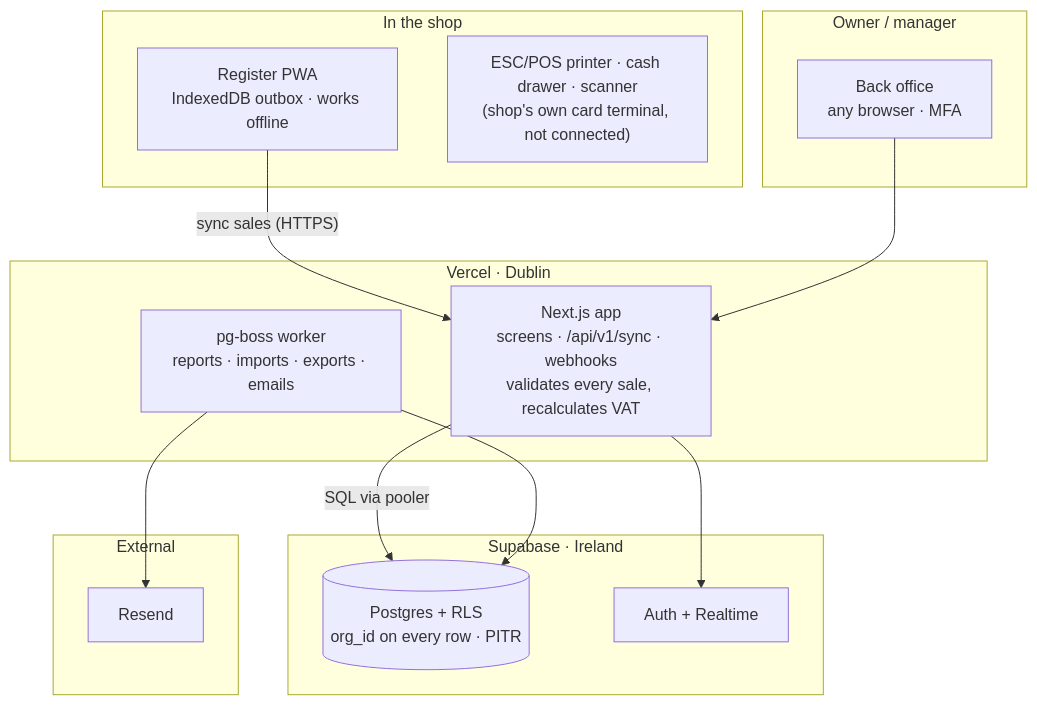
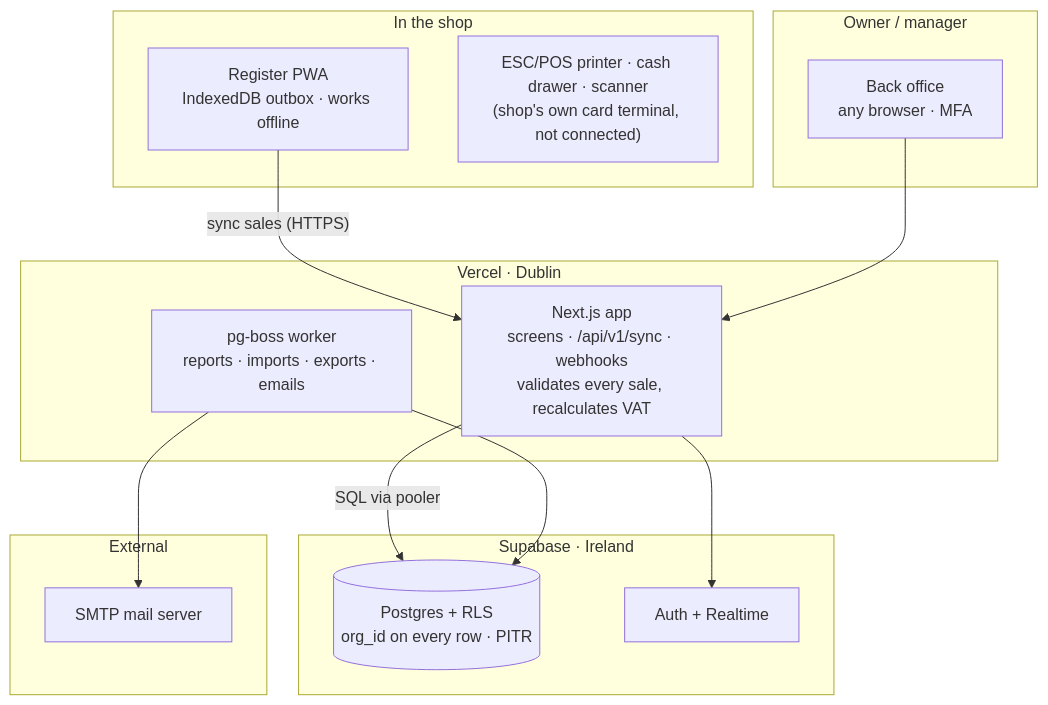
The diagram in docs/PLAN.md (Ahmadkamran73/tillflow), drawn with Mermaid before and after one commit. The commit also changed other lines of this file and 11 other files, not shown here.

Commit message:
chore: SMTP email via nodemailer (replaces Resend) and Phase 0 verify script

````diff
--- a/docs/PLAN.md
+++ b/docs/PLAN.md
@@ -129,27 +129,27 @@
 ```mermaid
 flowchart TB
   subgraph Shop["In the shop"]
     REG["Register PWA<br/>IndexedDB outbox · works offline"]
     HW["ESC/POS printer · cash drawer · scanner<br/>(shop's own card terminal, not connected)"]
   end
   subgraph Owner["Owner / manager"]
     BO["Back office<br/>any browser · MFA"]
   end
   subgraph Vercel["Vercel · Dublin"]
     APP["Next.js app<br/>screens · /api/v1/sync · webhooks<br/>validates every sale, recalculates VAT"]
     JOBS["pg-boss worker<br/>reports · imports · exports · emails"]
   end
   subgraph Supa["Supabase · Ireland"]
     PG[("Postgres + RLS<br/>org_id on every row · PITR")]
     AUTH["Auth + Realtime"]
   end
   subgraph Ext["External"]
-    MAIL["Resend"]
+    MAIL["SMTP mail server"]
   end
   REG -- "sync sales (HTTPS)" --> APP
   BO --> APP
   APP -- "SQL via pooler" --> PG
   APP --> AUTH
   JOBS --> PG
   JOBS --> MAIL
 ```
````
